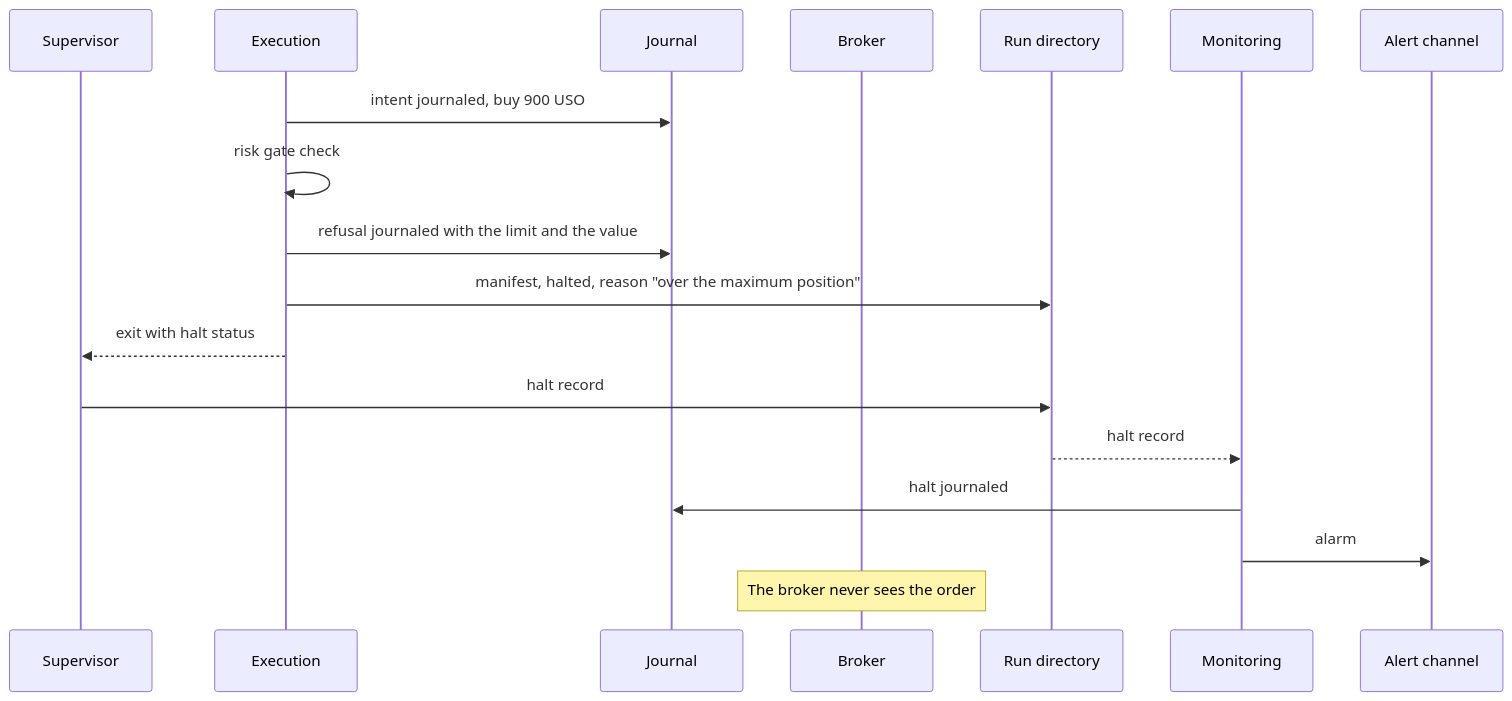
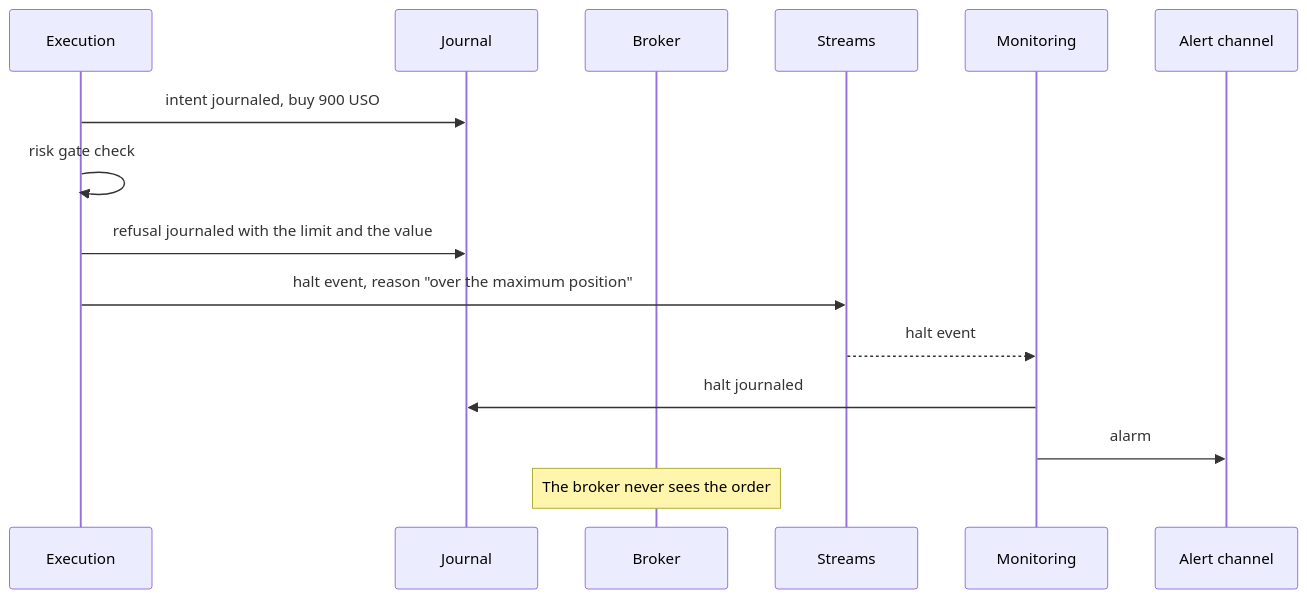
The seventh of 16 diagrams in docs/architecture.md (l3a0/ithildin-runtime), drawn with Mermaid before and after one commit. The commit also changed other lines of this file and 2 other files, not shown here.

First line of the commit message:
docs(design): make the platform an event pipeline

````diff
--- a/docs/architecture.md
+++ b/docs/architecture.md
@@ -664,21 +672,18 @@
 ```mermaid
 sequenceDiagram
-    participant V as Supervisor
     participant X as Execution
     participant J as Journal
     participant B as Broker
-    participant F as Run directory
+    participant F as Streams
     participant M as Monitoring
     participant L as Alert channel
 
     X->>J: intent journaled, buy 900 USO
     X->>X: risk gate check
     X->>J: refusal journaled with the limit and the value
-    X->>F: manifest, halted, reason "over the maximum position"
-    X-->>V: exit with halt status
-    V->>F: halt record
-    F-->>M: halt record
+    X->>F: halt event, reason "over the maximum position"
+    F-->>M: halt event
     M->>J: halt journaled
     M->>L: alarm
     Note over B: The broker never sees the order
 ```
````
